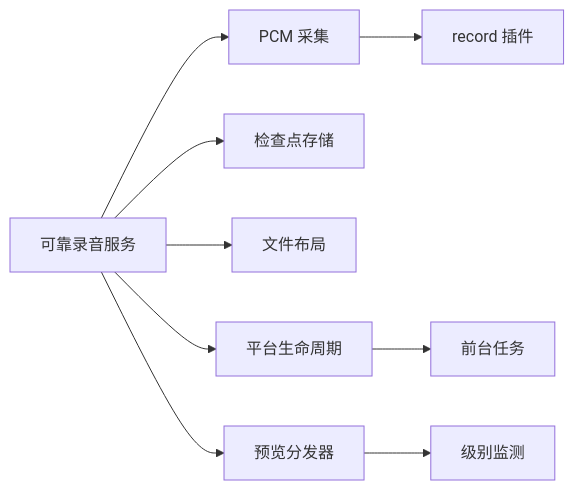
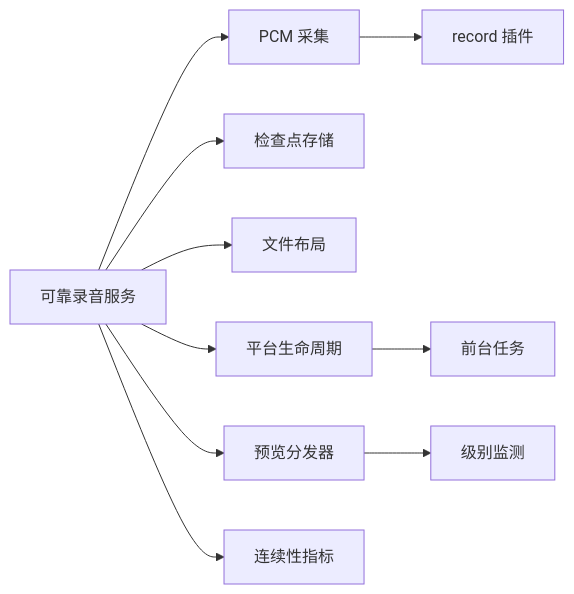
One commit to zhangheng2022/meet_trace changed the ninth of 10 diagrams in .qoder/repowiki/zh/content/核心功能模块/音频录制系统.md. Above: the diagram before and after it, drawn with Mermaid. The commit also changed other lines of this file and 111 other files, not shown here.

````diff
--- a/.qoder/repowiki/zh/content/核心功能模块/音频录制系统.md
+++ b/.qoder/repowiki/zh/content/核心功能模块/音频录制系统.md
@@ -355,11 +407,12 @@
 ```mermaid
 graph LR
 RRS["可靠录音服务"] --> CAP["PCM 采集"]
 RRS --> CKP["检查点存储"]
 RRS --> LYT["文件布局"]
 RRS --> LIFE["平台生命周期"]
 RRS --> PREV["预览分发器"]
 PREV --> MTR["级别监测"]
 CAP --> REC["record 插件"]
 LIFE --> FGT["前台任务"]
+RRS --> METRICS["连续性指标"]
 ```
````
